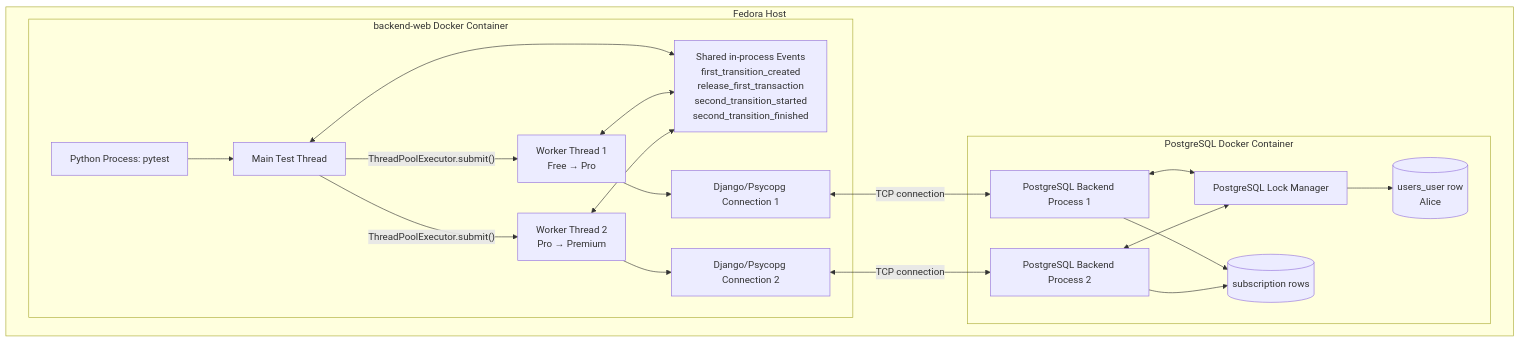
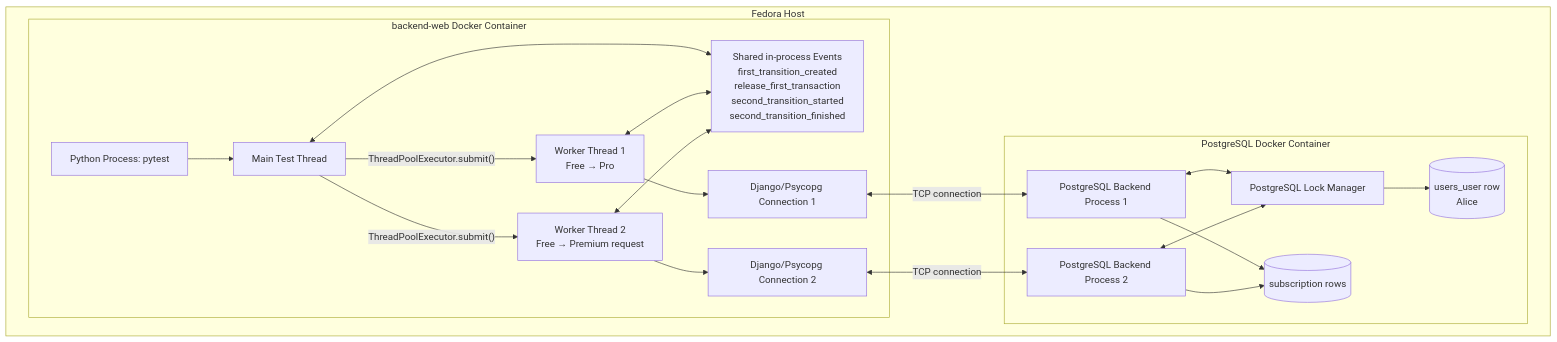
Before and after one commit to elvisrepo/long: the first of 2 diagrams in reference_docs/knowledge/37-subscription-transition-concurrency.md, drawn with Mermaid. The commit also changed other lines of this file and 7 other files, not shown here.

````diff
--- a/reference_docs/knowledge/37-subscription-transition-concurrency.md
+++ b/reference_docs/knowledge/37-subscription-transition-concurrency.md
@@ -42,45 +45,45 @@
 ```mermaid
 flowchart TB
     subgraph Host["Fedora Host"]
         subgraph WebContainer["backend-web Docker Container"]
             Pytest["Python Process: pytest"]
 
             Main["Main Test Thread"]
             T1["Worker Thread 1<br/>Free → Pro"]
-            T2["Worker Thread 2<br/>Pro → Premium"]
+            T2["Worker Thread 2<br/>Free → Premium request"]
 
             Events["Shared in-process Events<br/>first_transition_created<br/>release_first_transaction<br/>second_transition_started<br/>second_transition_finished"]
 
             Pytest --> Main
             Main -->|"ThreadPoolExecutor.submit()"| T1
             Main -->|"ThreadPoolExecutor.submit()"| T2
 
             Main <--> Events
             T1 <--> Events
             T2 <--> Events
 
             Conn1["Django/Psycopg Connection 1"]
             Conn2["Django/Psycopg Connection 2"]
 
             T1 --> Conn1
             T2 --> Conn2
         end
 
         subgraph DBContainer["PostgreSQL Docker Container"]
             PG1["PostgreSQL Backend Process 1"]
             PG2["PostgreSQL Backend Process 2"]
             LockManager["PostgreSQL Lock Manager"]
             UserRow[("users_user row<br/>Alice")]
             SubscriptionRows[("subscription rows")]
 
             PG1 <--> LockManager
             PG2 <--> LockManager
             LockManager --> UserRow
             PG1 --> SubscriptionRows
             PG2 --> SubscriptionRows
         end
 
         Conn1 <-->|"TCP connection"| PG1
         Conn2 <-->|"TCP connection"| PG2
     end
 ```
````
